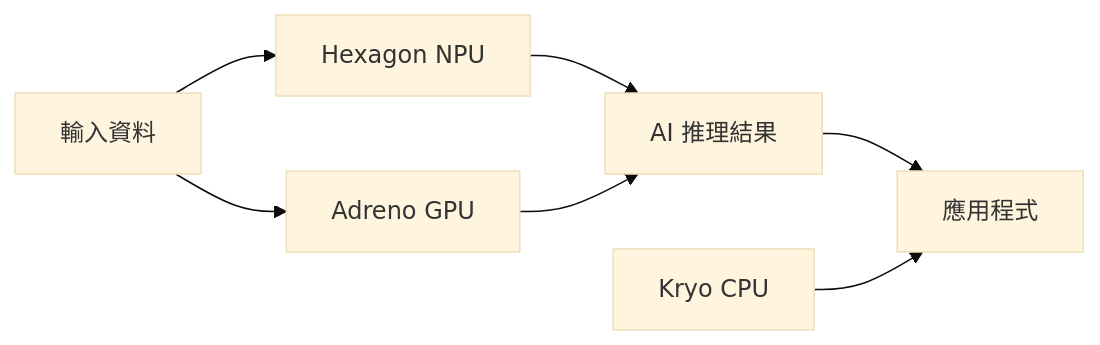
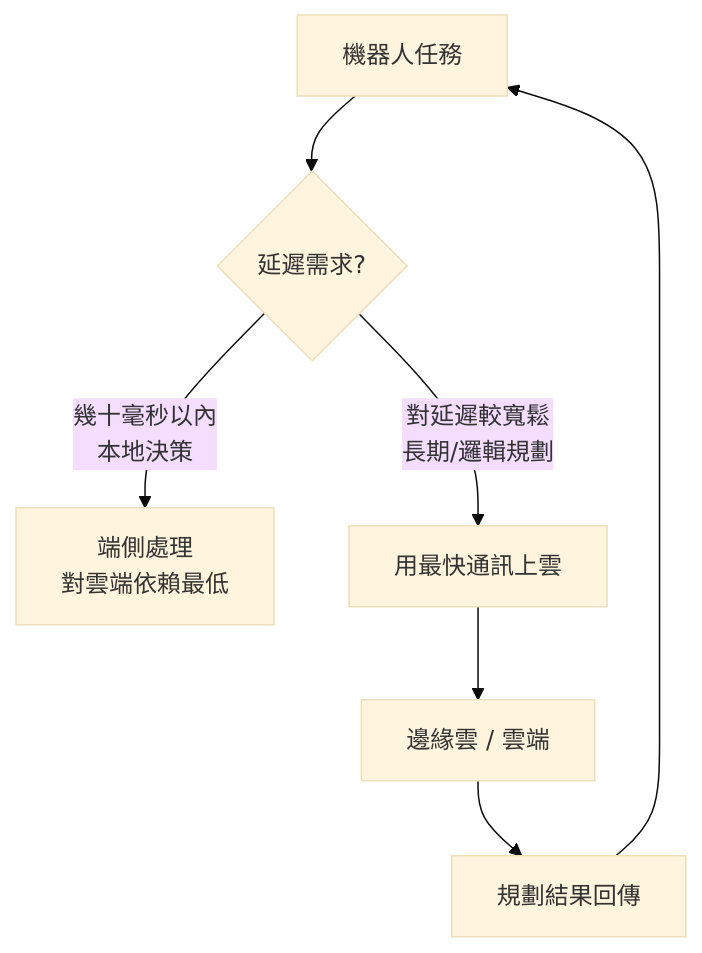
The diagram in src/content/posts/tech/2026-06-05-6gphysical-ai.md (a920604a/engineernews), drawn with Mermaid (base theme) before and after one commit. The commit also changed other lines of this file and 468 other files, not shown here.

````diff
--- a/src/content/posts/tech/2026-06-05-6gphysical-ai.md
+++ b/src/content/posts/tech/2026-06-05-6gphysical-ai.md
@@ -41,9 +74,9 @@
 ```mermaid
-graph LR
-    A[輸入資料] --> B[Hexagon NPU]
-    A --> C[Adreno GPU]
-    B --> D[AI 推理結果]
-    C --> D
-    D --> E[應用程式]
-    F[Kryo CPU] --> E
+graph TD
+    A[機器人任務] --> B{延遲需求?}
+    B -->|幾十毫秒以內<br/>本地決策| C[端側處理<br/>對雲端依賴最低]
+    B -->|對延遲較寬鬆<br/>長期/邏輯規劃| D[用最快通訊上雲]
+    D --> E[邊緣雲 / 雲端]
+    E --> F[規劃結果回傳]
+    F --> A
 ```
````
